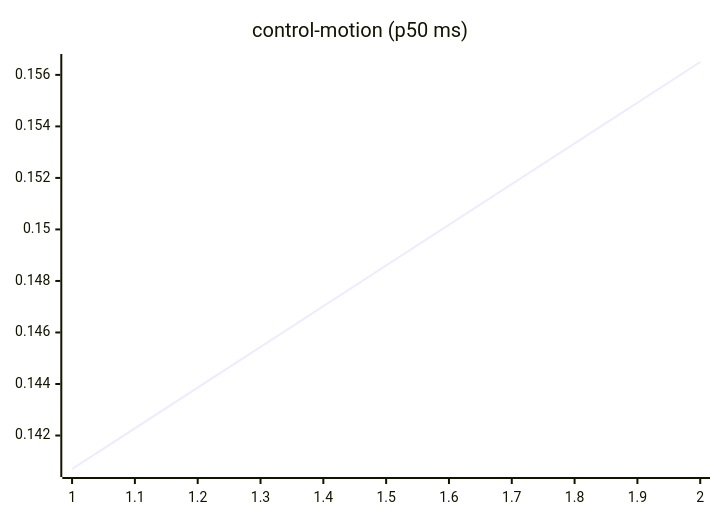
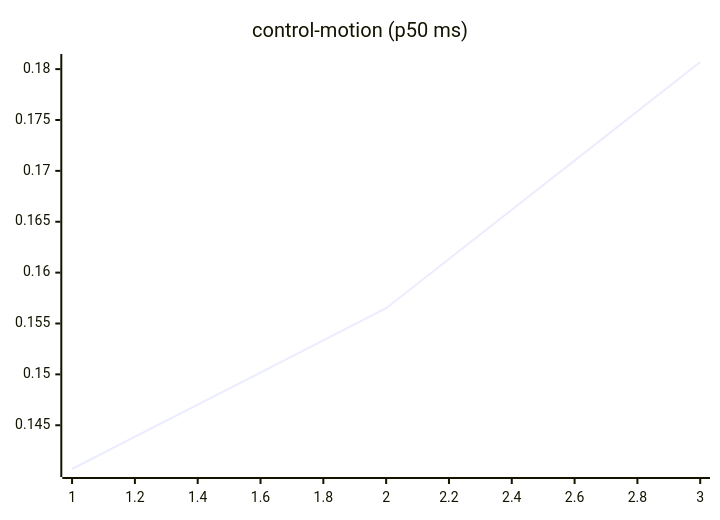
One commit to josha/Facet changed the seventh of 27 diagrams in README.md. Above: the diagram before and after it, drawn with Mermaid. The commit also changed other lines of this file and 2 other files, not shown here.

````diff
--- a/README.md
+++ b/README.md
@@ -105,6 +105,6 @@
 ```mermaid
 xychart-beta
     title "control-motion (p50 ms)"
-    x-axis 1 --> 2
-    line [0.1407, 0.1565]
+    x-axis 1 --> 3
+    line [0.1407, 0.1565, 0.1807]
 ```
````
